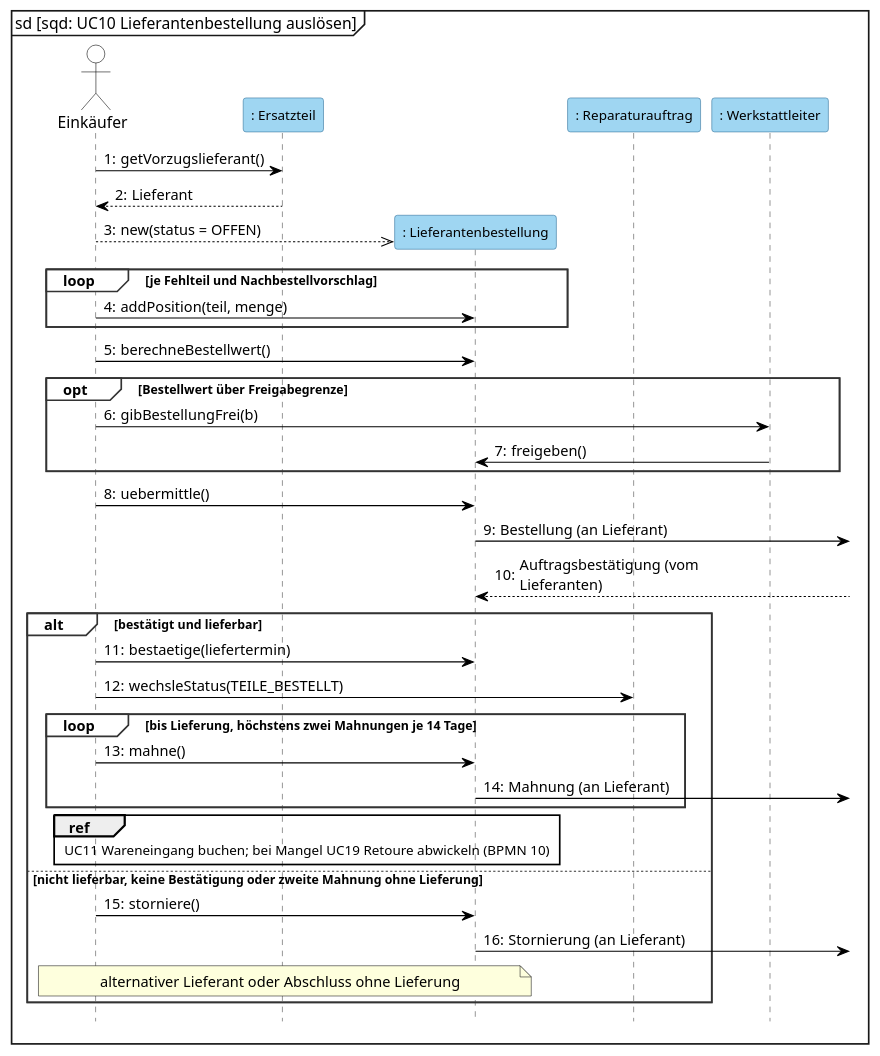
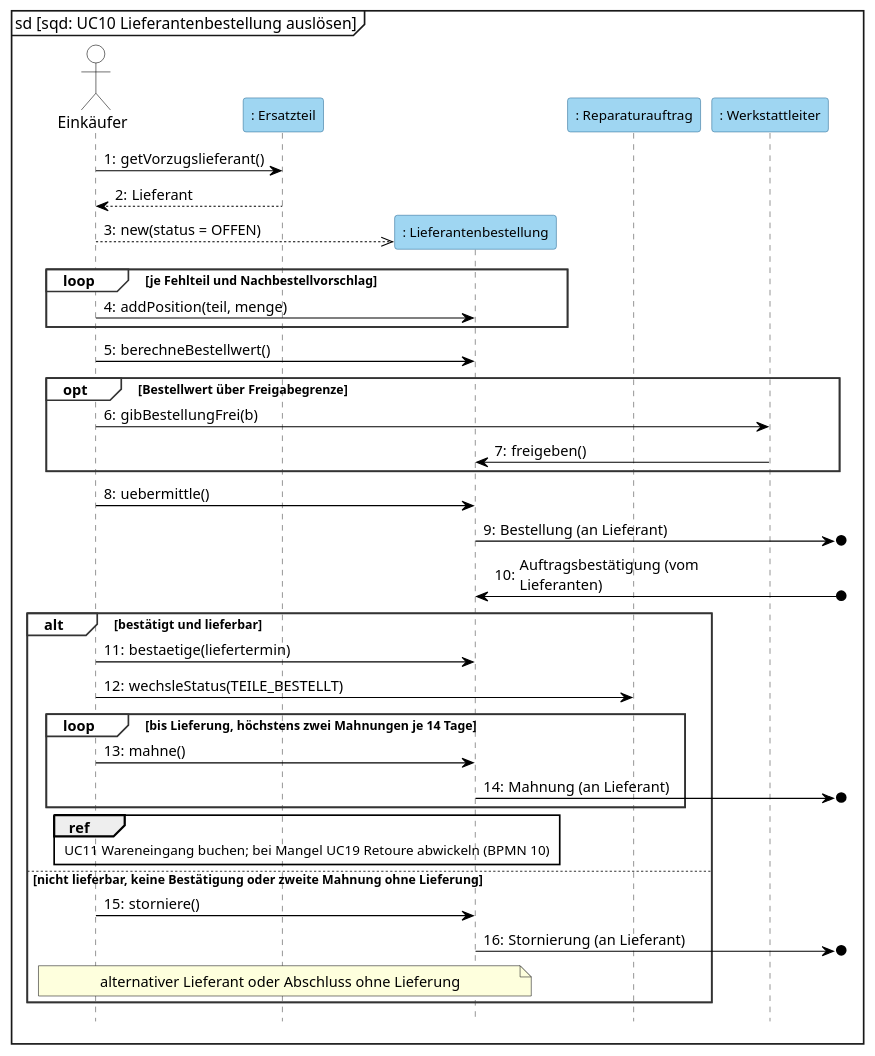
The diagram in 2_uml/entwurf-plantuml/sequenz-06-nachbestellvorschlag.puml (jakobschwan123-cmd/casestudy-semester-3), drawn with PlantUML before and after one commit. The commit also changed 2 other files, not shown here.

Commit message:
[T05 2026-10-16] fix: SD6 supplier messages as lost/found messages
Gates lassen sich in Visual Paradigm nicht zuverlaessig an den Rahmen
haengen. Bestellung, Mahnung und Stornierung sind jetzt Lost Messages,
die Auftragsbestaetigung eine Found Message; Vermerk in E-28 angepasst.

Claude-Session: https://claude.ai/code/session_01H2bGsFaySUqsEjJ1PXuxUw

```diff
--- a/2_uml/entwurf-plantuml/sequenz-06-nachbestellvorschlag.puml
+++ b/2_uml/entwurf-plantuml/sequenz-06-nachbestellvorschlag.puml
@@ -1,60 +1,60 @@
 @startuml
 ' BPMN: p06-ersatzteilbestellung.bpmn. Kernablauf: bündeln, freigeben, bestellen, bestätigen oder stornieren, höchstens zwei Mahnungen (E-22, E-27).
-' Lieferant ist Black Box ohne Systemzugang (E-24): kein Akteur, Nachrichten an ihn gehen über Gates am Rahmen.
+' Lieferant ist Black Box ohne Systemzugang (E-24): kein Akteur, Nachrichten an ihn als Lost Message (Empfänger außerhalb), Antwort als Found Message.
 ' Darstellung wie in Visual Paradigm: Objekterzeugung als gestrichelter Pfeil auf den Kopfkasten (Kasten sitzt auf Nachrichtenhöhe, VL 6 Folie 5-70), kein <<create>>-Text.
 mainframe sd [sqd: UC10 Lieferantenbestellung auslösen]
 skinparam defaultFontName Arial
 skinparam sequenceMessageAlign left
 skinparam maxMessageSize 170
 skinparam shadowing false
 skinparam sequence {
   ParticipantBackgroundColor #9FD6F2
   ParticipantBorderColor #2E6E99
   ParticipantFontSize 12
   ActorBackgroundColor white
   ActorBorderColor black
   LifeLineBorderColor #444444
   LifeLineBackgroundColor #9FD6F2
   GroupBorderColor #333333
   GroupBackgroundColor white
   GroupHeaderFontStyle bold
   ArrowColor black
 }
 hide footbox
 autonumber "0:"
 
 actor "Einkäufer" as E
 participant ": Ersatzteil" as ET
 participant ": Lieferantenbestellung" as BEST
 participant ": Reparaturauftrag" as RA
 participant ": Werkstattleiter" as WL
 
 E -> ET : getVorzugslieferant()
 ET --> E : Lieferant
 create BEST
 E -->> BEST : new(status = OFFEN)
 loop je Fehlteil und Nachbestellvorschlag
     E -> BEST : addPosition(teil, menge)
 end
 E -> BEST : berechneBestellwert()
 opt Bestellwert über Freigabegrenze
     E -> WL : gibBestellungFrei(b)
     WL -> BEST : freigeben()
 end
 E -> BEST : uebermittle()
-BEST ->] : Bestellung (an Lieferant)
-BEST <--] : Auftragsbestätigung (vom Lieferanten)
+BEST ->o] : Bestellung (an Lieferant)
+BEST <-o] : Auftragsbestätigung (vom Lieferanten)
 alt bestätigt und lieferbar
     E -> BEST : bestaetige(liefertermin)
     E -> RA : wechsleStatus(TEILE_BESTELLT)
     loop bis Lieferung, höchstens zwei Mahnungen je 14 Tage
         E -> BEST : mahne()
-        BEST ->] : Mahnung (an Lieferant)
+        BEST ->o] : Mahnung (an Lieferant)
     end
     ref over E, BEST : UC11 Wareneingang buchen; bei Mangel UC19 Retoure abwickeln (BPMN 10)
 else nicht lieferbar, keine Bestätigung oder zweite Mahnung ohne Lieferung
     E -> BEST : storniere()
-    BEST ->] : Stornierung (an Lieferant)
+    BEST ->o] : Stornierung (an Lieferant)
     note over E, BEST : alternativer Lieferant oder Abschluss ohne Lieferung
 end
 @enduml
```
